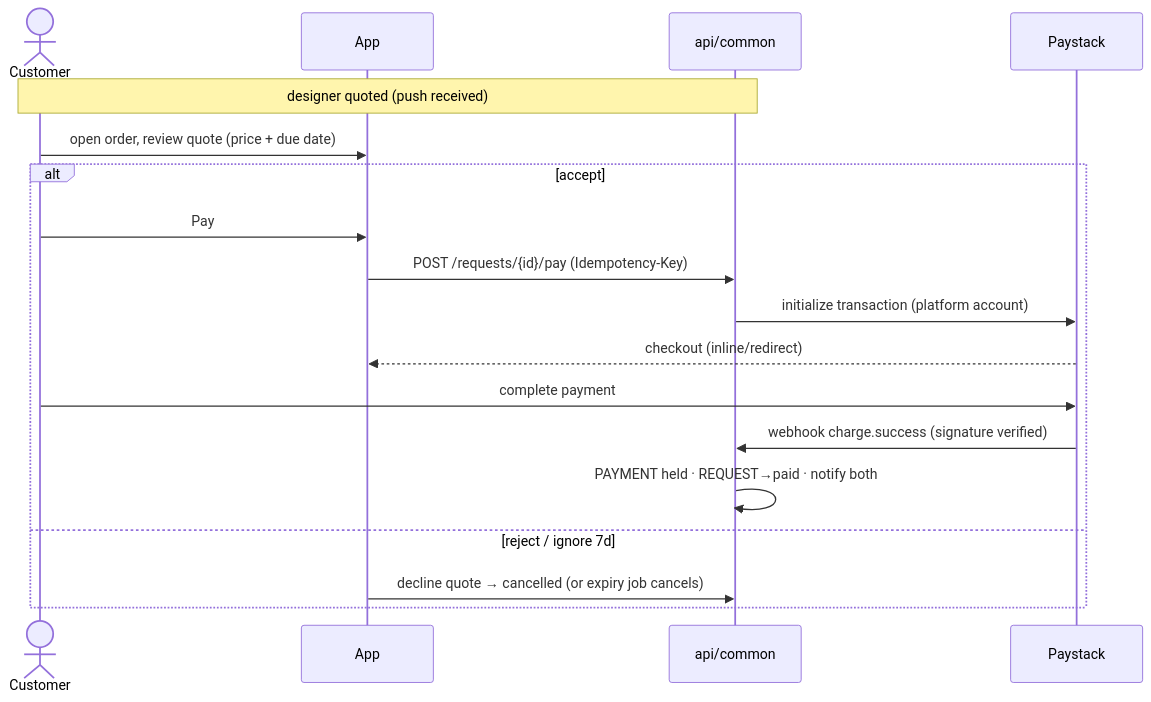
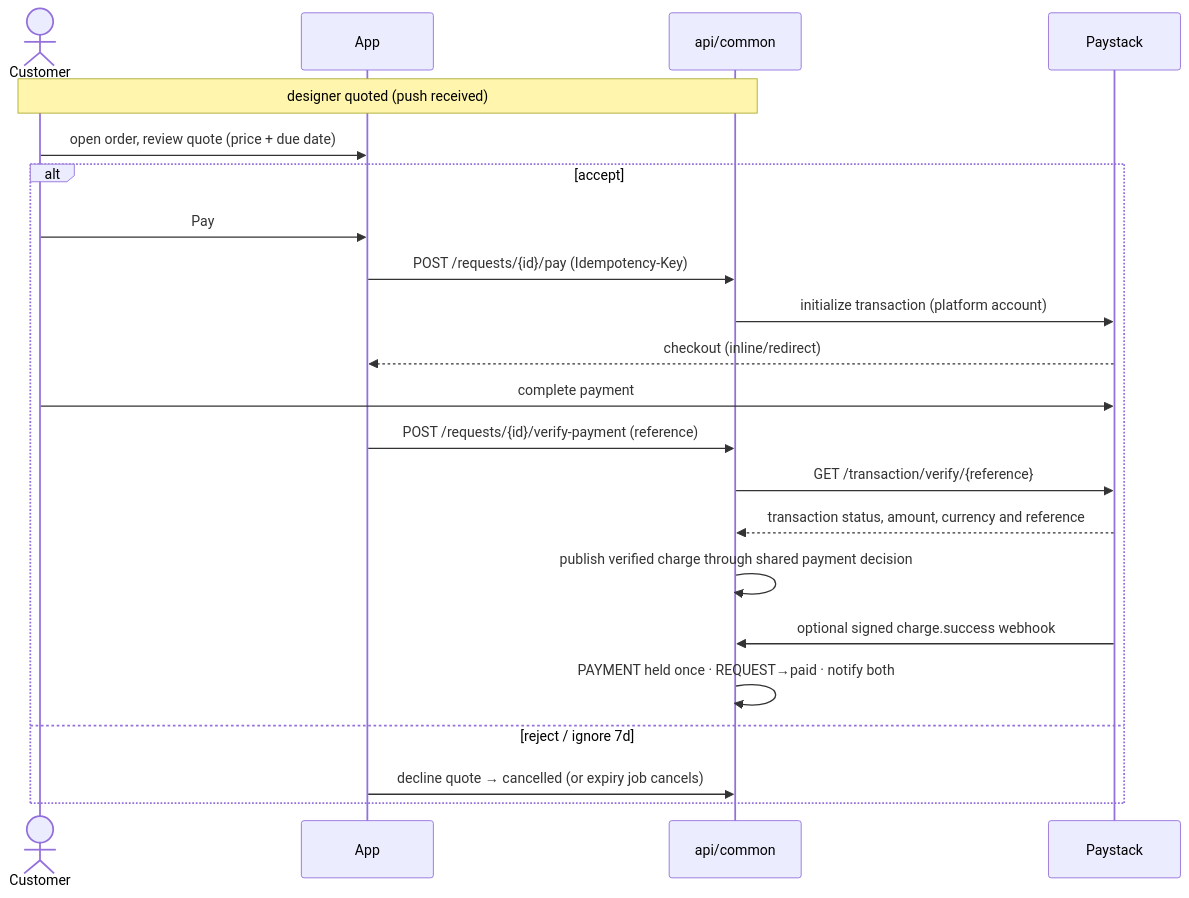
One commit to cuesoftinc/apparule changed the diagram in docs/flows/request.md. Above: the diagram before and after it, drawn with Mermaid. The commit also changed other lines of this file and 26 other files, not shown here.

````diff
--- a/docs/flows/request.md
+++ b/docs/flows/request.md
@@ -39,21 +39,25 @@
 ```mermaid
 sequenceDiagram
     actor C as Customer
     participant A as App
     participant API as api/common
     participant P as Paystack
 
     Note over C,API: designer quoted (push received)
     C->>A: open order, review quote (price + due date)
     alt accept
         C->>A: Pay
         A->>API: POST /requests/{id}/pay (Idempotency-Key)
         API->>P: initialize transaction (platform account)
         P-->>A: checkout (inline/redirect)
         C->>P: complete payment
-        P->>API: webhook charge.success (signature verified)
-        API->>API: PAYMENT held · REQUEST→paid · notify both
+        A->>API: POST /requests/{id}/verify-payment (reference)
+        API->>P: GET /transaction/verify/{reference}
+        P-->>API: transaction status, amount, currency and reference
+        API->>API: publish verified charge through shared payment decision
+        P->>API: optional signed charge.success webhook
+        API->>API: PAYMENT held once · REQUEST→paid · notify both
     else reject / ignore 7d
         A->>API: decline quote → cancelled (or expiry job cancels)
     end
 ```
````
